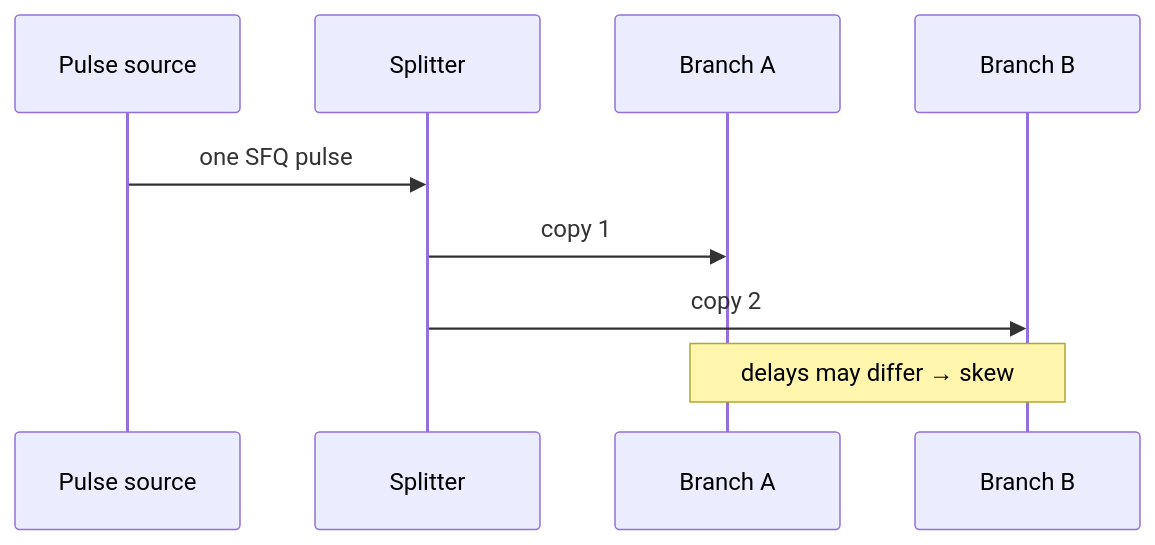
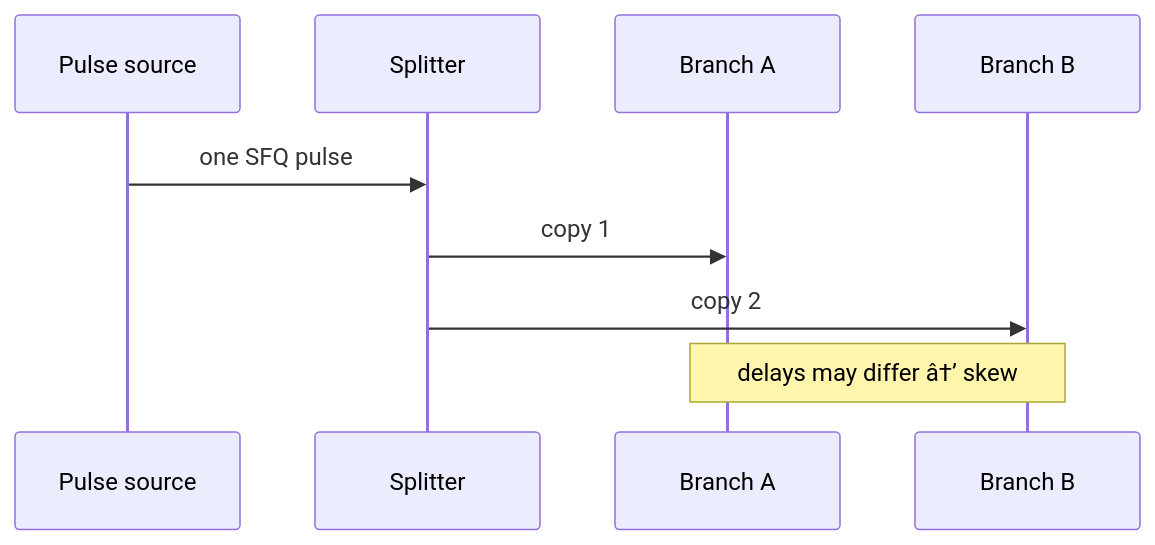
One commit to Single-Flux-Quantum/sfq-learn-public changed the second of 2 diagrams in docs/concepts/splitter-and-confluence.md. Above: the diagram before and after it, drawn with Mermaid. The commit also changed other lines of this file and 41 other files, not shown here.

````diff
--- a/docs/concepts/splitter-and-confluence.md
+++ b/docs/concepts/splitter-and-confluence.md
@@ -69,11 +69,11 @@
 ```mermaid
 sequenceDiagram
   participant Src as Pulse source
   participant Sp as Splitter
   participant A as Branch A
   participant B as Branch B
   Src->>Sp: one SFQ pulse
   Sp->>A: copy 1
   Sp->>B: copy 2
-  Note over A,B: delays may differ → skew
+  Note over A,B: delays may differ â†’ skew
 ```
````
